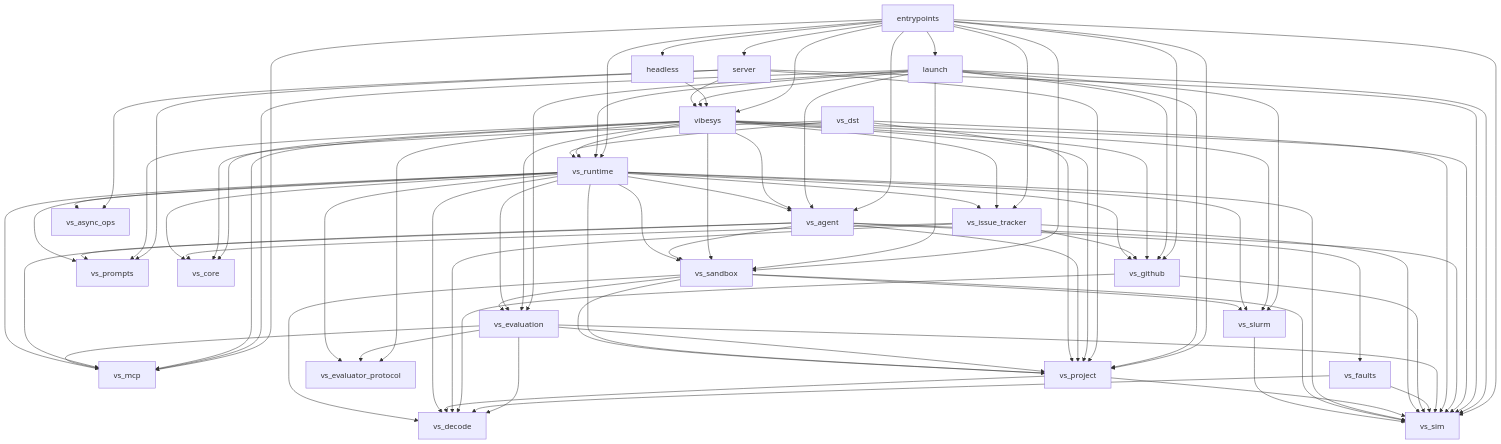
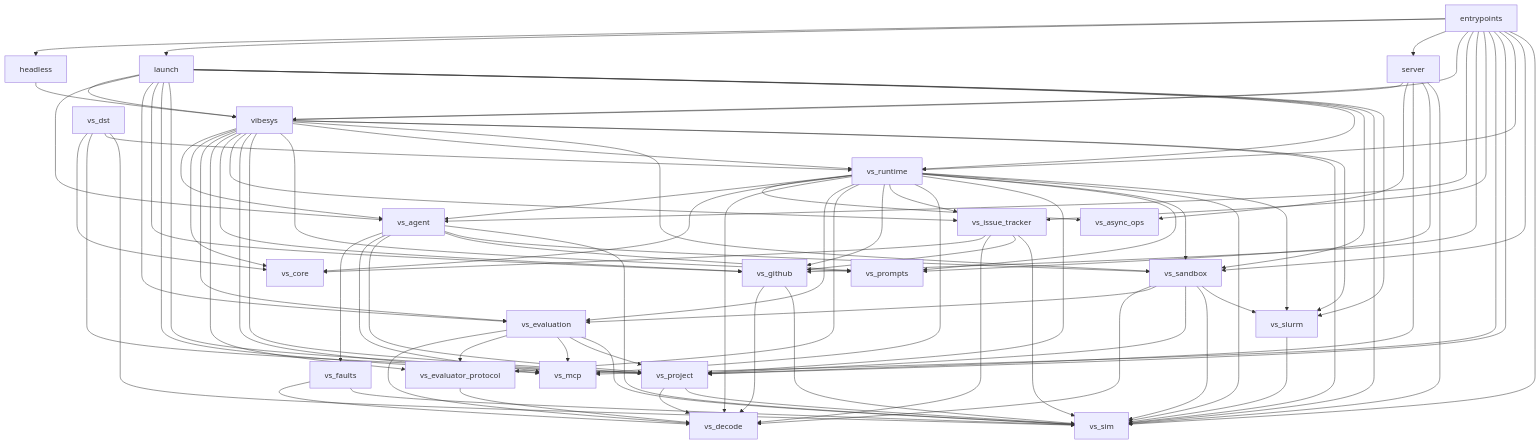
Before and after one commit to 6Mikao9/vibesys: the diagram in docs/contributing/architecture.md, drawn with Mermaid. The commit also changed 7 other files, not shown here.

Commit message:
fix(vs-decode,vs-evaluator-protocol): keep strict models strict; bound record lines (#2564)

```diff
--- a/docs/contributing/architecture.md
+++ b/docs/contributing/architecture.md
@@ -183,6 +183,7 @@
     vs_evaluation --> vs_mcp
     vs_evaluation --> vs_project
     vs_evaluation --> vs_sim
+    vs_evaluator_protocol --> vs_decode
     vs_faults --> vs_decode
     vs_faults --> vs_sim
     vs_github --> vs_decode
```
